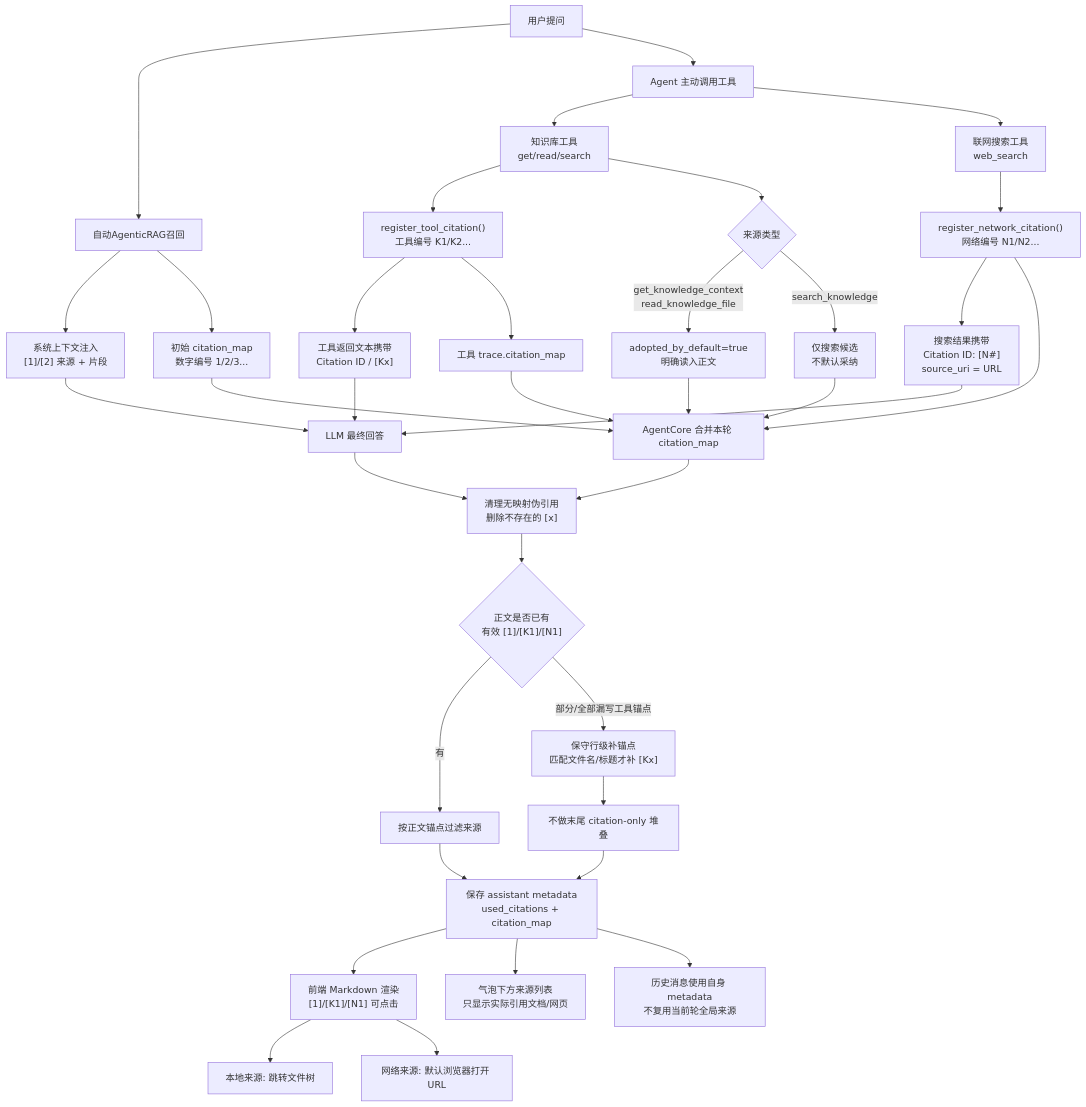
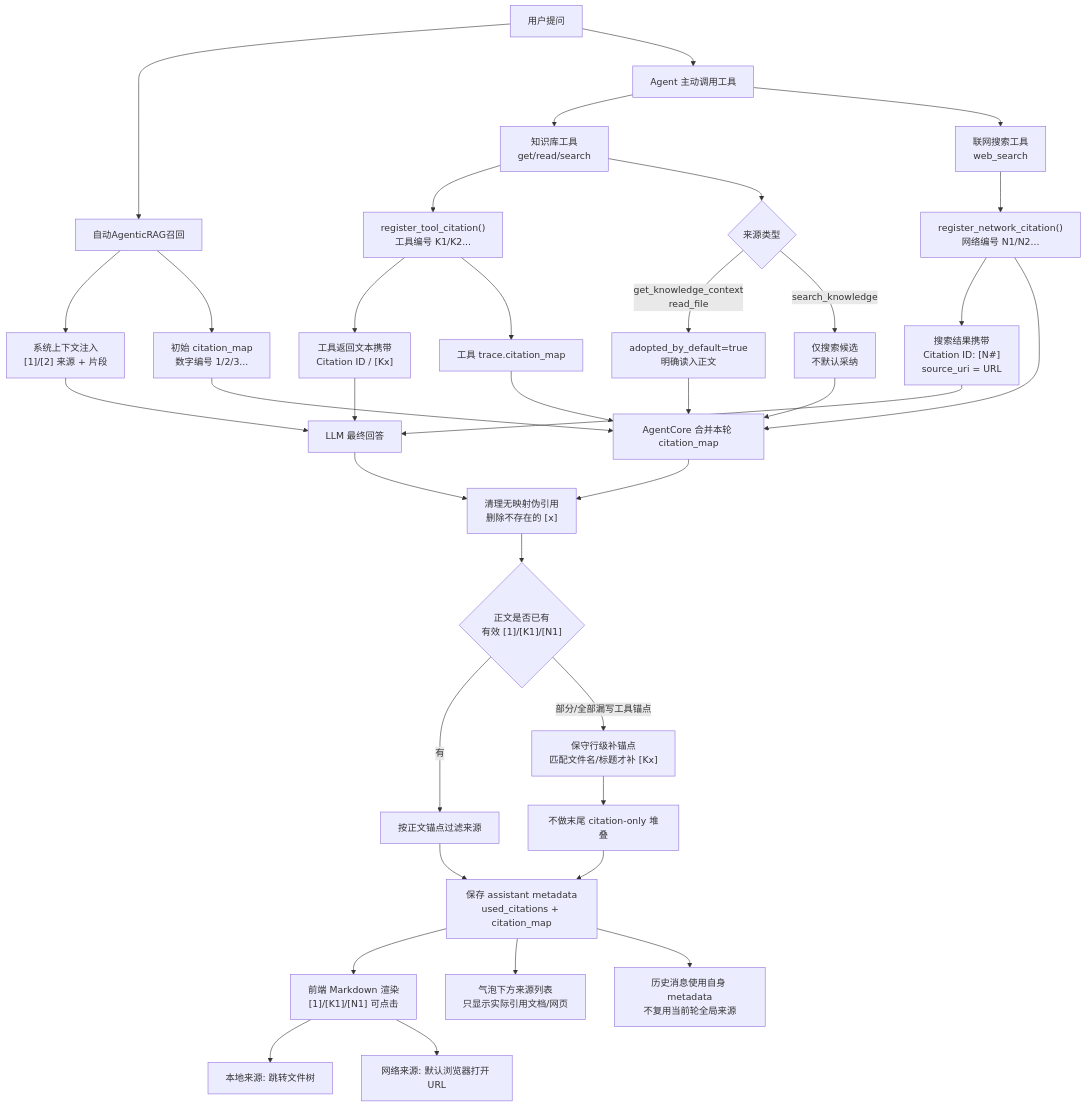
One commit to xiao-Huahuo/MetaWeave changed diagram 24 of 25 in docs/WORKFLOW.md. Above: the diagram before and after it, drawn with Mermaid. The commit also changed other lines of this file and 131 other files, not shown here.

````diff
--- a/docs/WORKFLOW.md
+++ b/docs/WORKFLOW.md
@@ -665,42 +655,42 @@
 ```mermaid
 flowchart TD
     A["用户提问"] --> B["自动AgenticRAG召回"]
     B --> C["系统上下文注入<br/>[1]/[2] 来源 + 片段"]
     B --> D["初始 citation_map<br/>数字编号 1/2/3..."]
 
     A --> E["Agent 主动调用工具"]
     E --> F["知识库工具<br/>get/read/search"]
     F --> G["register_tool_citation()<br/>工具编号 K1/K2..."]
     G --> H["工具返回文本携带<br/>Citation ID / [Kx]"]
     G --> I["工具 trace.citation_map"]
     F --> Q{"来源类型"}
-    Q -->|"get_knowledge_context<br/>read_knowledge_file"| R["adopted_by_default=true<br/>明确读入正文"]
+    Q -->|"get_knowledge_context<br/>read_file"| R["adopted_by_default=true<br/>明确读入正文"]
     Q -->|"search_knowledge"| S["仅搜索候选<br/>不默认采纳"]
 
     E --> X["联网搜索工具<br/>web_search"]
     X --> Y["register_network_citation()<br/>网络编号 N1/N2..."]
     Y --> Z["搜索结果携带<br/>Citation ID: [N#]<br/>source_uri = URL"]
 
     D --> J["AgentCore 合并本轮 citation_map"]
     I --> J
     R --> J
     S --> J
     Y --> J
     C --> K["LLM 最终回答"]
     H --> K
     Z --> K
 
     K --> L["清理无映射伪引用<br/>删除不存在的 [x]"]
     J --> L
     L --> M{"正文是否已有<br/>有效 [1]/[K1]/[N1]"}
     M -->|"有"| N["按正文锚点过滤来源"]
     M -->|"部分/全部漏写工具锚点"| O["保守行级补锚点<br/>匹配文件名/标题才补 [Kx]"]
     O --> P["不做末尾 citation-only 堆叠"]
     N --> T["保存 assistant metadata<br/>used_citations + citation_map"]
     P --> T
     T --> U["前端 Markdown 渲染<br/>[1]/[K1]/[N1] 可点击"]
     U --> U1["本地来源: 跳转文件树"]
     U --> U2["网络来源: 默认浏览器打开 URL"]
     T --> V["气泡下方来源列表<br/>只显示实际引用文档/网页"]
     T --> W["历史消息使用自身 metadata<br/>不复用当前轮全局来源"]
 ```
````
